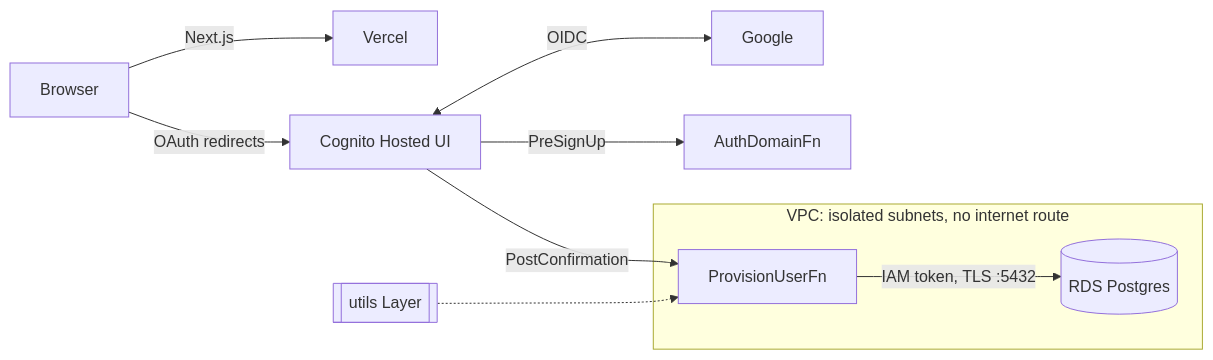
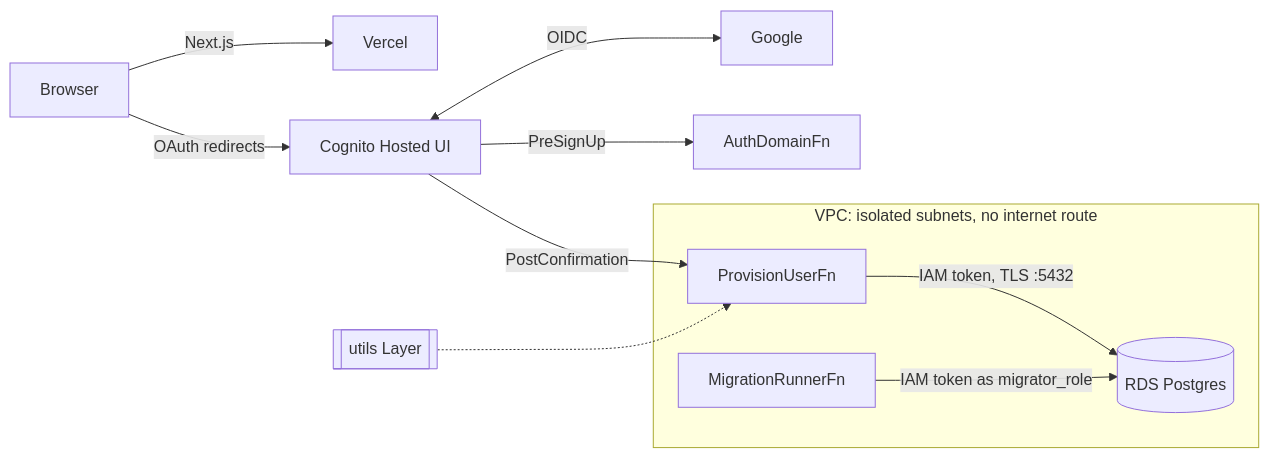
Before and after one commit to zoryah-gray/sublet_nu: the first of 2 diagrams in docs/onboarding/backend.md, drawn with Mermaid. The commit also changed other lines of this file and 19 other files, not shown here.

First line of the commit message:
Add migration runner, one-time role bootstrap and users-table check stacks

````diff
--- a/docs/onboarding/backend.md
+++ b/docs/onboarding/backend.md
@@ -19,12 +21,13 @@
 ```mermaid
 flowchart LR
   B[Browser] -->|Next.js| V[Vercel]
   B -->|OAuth redirects| C[Cognito Hosted UI]
   C <-->|OIDC| G[Google]
   C -->|PreSignUp| D[AuthDomainFn]
   C -->|PostConfirmation| P[ProvisionUserFn]
   subgraph VPC [VPC: isolated subnets, no internet route]
     P -->|IAM token, TLS :5432| R[(RDS Postgres)]
+    M[MigrationRunnerFn] -->|IAM token as migrator_role| R
   end
   L[[utils Layer]] -.-> P
 ```
````
